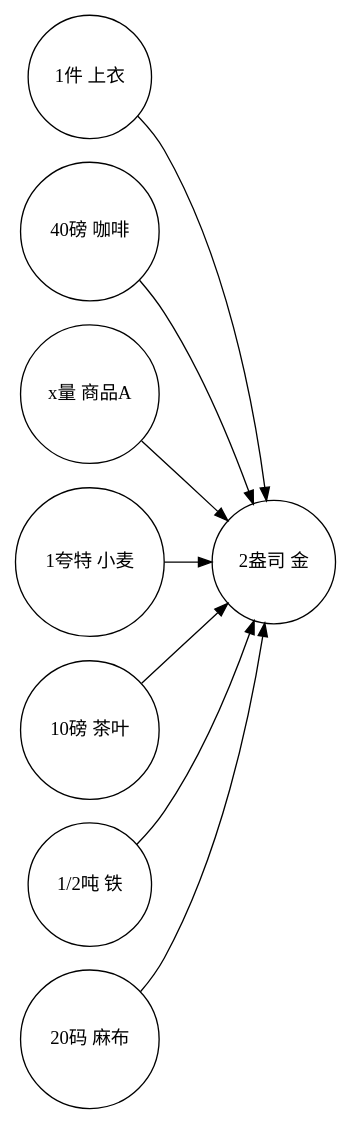
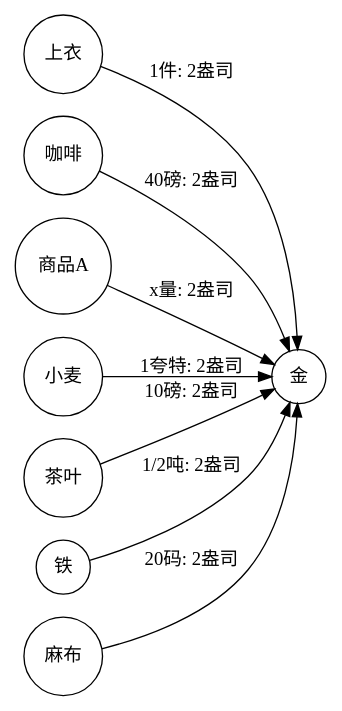
Before and after one commit to Wangsutan/Kapital: the diagram in 资本的生产过程/价值形式理论/价值形式/graphs_generated/money.dot, drawn with Graphviz. The commit also changed 34 other files, not shown here.

Commit message:
检查图的性质

```diff
--- a/资本的生产过程/价值形式理论/价值形式/graphs_generated/money.dot
+++ b/资本的生产过程/价值形式理论/价值形式/graphs_generated/money.dot
@@ -1,11 +1,11 @@
 digraph 价值形式理论 {
     rankdir=LR;
     node [shape=circle];
-    "1件 上衣" -> "2盎司 金";
-    "40磅 咖啡" -> "2盎司 金";
-    "x量 商品A" -> "2盎司 金";
-    "1夸特 小麦" -> "2盎司 金";
-    "10磅 茶叶" -> "2盎司 金";
-    "1/2吨 铁" -> "2盎司 金";
-    "20码 麻布" -> "2盎司 金";
+    "上衣" -> "金" [label="1件: 2盎司"];
+    "咖啡" -> "金" [label="40磅: 2盎司"];
+    "商品A" -> "金" [label="x量: 2盎司"];
+    "小麦" -> "金" [label="1夸特: 2盎司"];
+    "茶叶" -> "金" [label="10磅: 2盎司"];
+    "铁" -> "金" [label="1/2吨: 2盎司"];
+    "麻布" -> "金" [label="20码: 2盎司"];
 }
```
